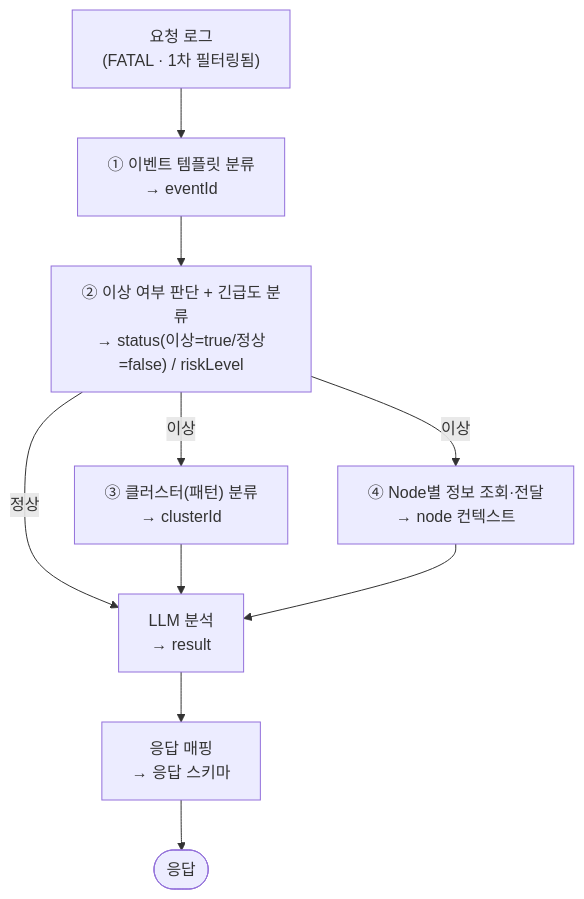
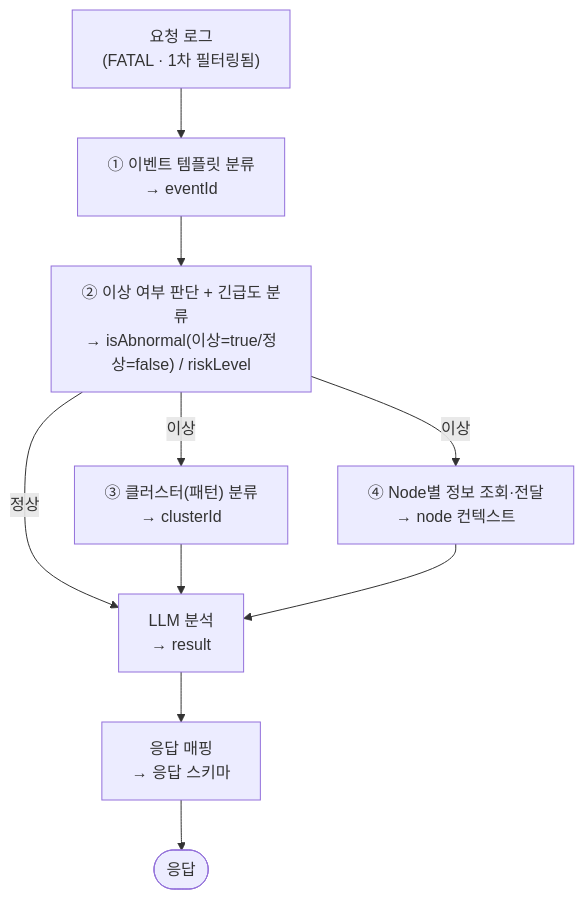
Before and after one commit to KT-AX-ICT/chok-ai-backend: the diagram in .agents/API.md, drawn with Mermaid. The commit also changed other lines of this file and 2 other files, not shown here.

````diff
--- a/.agents/API.md
+++ b/.agents/API.md
@@ -47,22 +47,22 @@
 ```mermaid
 flowchart TB
     REQ["요청 로그<br/>(FATAL · 1차 필터링됨)"]
 
     T1["① 이벤트 템플릿 분류<br/>→ eventId"]
-    T2["② 이상 여부 판단 + 긴급도 분류<br/>→ status(이상=true/정상=false) / riskLevel"]
+    T2["② 이상 여부 판단 + 긴급도 분류<br/>→ isAbnormal(이상=true/정상=false) / riskLevel"]
     T3["③ 클러스터(패턴) 분류<br/>→ clusterId"]
     T4["④ Node별 정보 조회·전달<br/>→ node 컨텍스트"]
 
     LLM["LLM 분석<br/>→ result"]
     MAP["응답 매핑<br/>→ 응답 스키마"]
     RES(["응답"])
 
     REQ --> T1
     T1 --> T2
     T2 -->|정상| LLM
     T2 -->|이상| T3
     T2 -->|이상| T4
     T3 --> LLM
     T4 --> LLM
     LLM --> MAP --> RES
 ```
````
